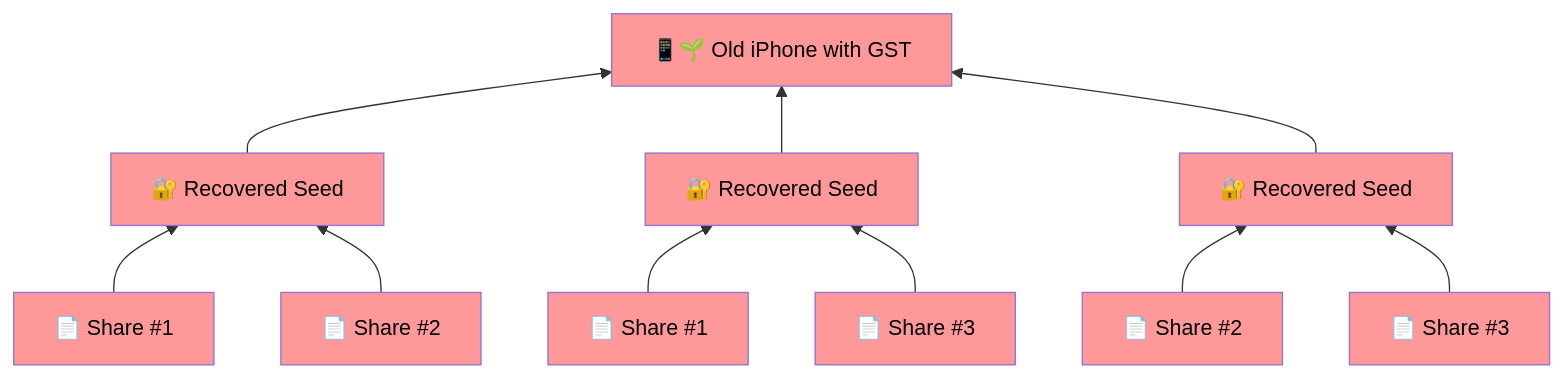
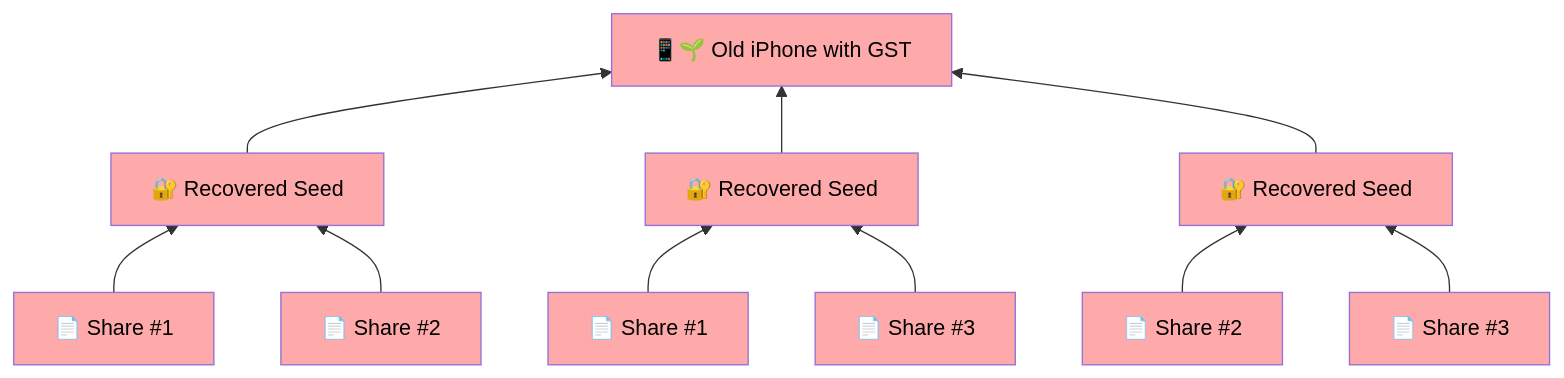
Before and after one commit to BlockchainCommons/SmartCustody: diagram 13 of 27 in Docs/Scenario-Multisig.md, drawn with Mermaid. The commit also changed other lines of this file, not shown here.

````diff
--- a/Docs/Scenario-Multisig.md
+++ b/Docs/Scenario-Multisig.md
@@ -479,34 +479,34 @@
 ```mermaid
     graph BT;
     A["📱🌱 Old iPhone with GST"]
     B["🔐 Recovered Seed"]
     C["📄 Share #1"]
     D["📄 Share #2"]
     E["🔐 Recovered Seed"]
     F["📄 Share #1"]
     G["📄 Share #3"]
     H["🔐 Recovered Seed"]
     I["📄 Share #2"]
     J["📄 Share #3"]
     
     B-->A
     E-->A
     H-->A
     C-->B
     D-->B
     F-->E
     G-->E
     I-->H
     J-->H
   
-    style A color:#000,fill:#ff9999;
-    style B color:#000,fill:#ff9999;
-    style C color:#000,fill:#ff9999;
-    style D color:#000,fill:#ff9999;
-    style E color:#000,fill:#ff9999;
-    style F color:#000,fill:#ff9999;
-    style G color:#000,fill:#ff9999;
-    style H color:#000,fill:#ff9999;
-    style I color:#000,fill:#ff9999;
-    style J color:#000,fill:#ff9999;
+    style A color:#000,fill:#ffaaaa;
+    style B color:#000,fill:#ffaaaa;
+    style C color:#000,fill:#ffaaaa;
+    style D color:#000,fill:#ffaaaa;
+    style E color:#000,fill:#ffaaaa;
+    style F color:#000,fill:#ffaaaa;
+    style G color:#000,fill:#ffaaaa;
+    style H color:#000,fill:#ffaaaa;
+    style I color:#000,fill:#ffaaaa;
+    style J color:#000,fill:#ffaaaa;
 ```
````
